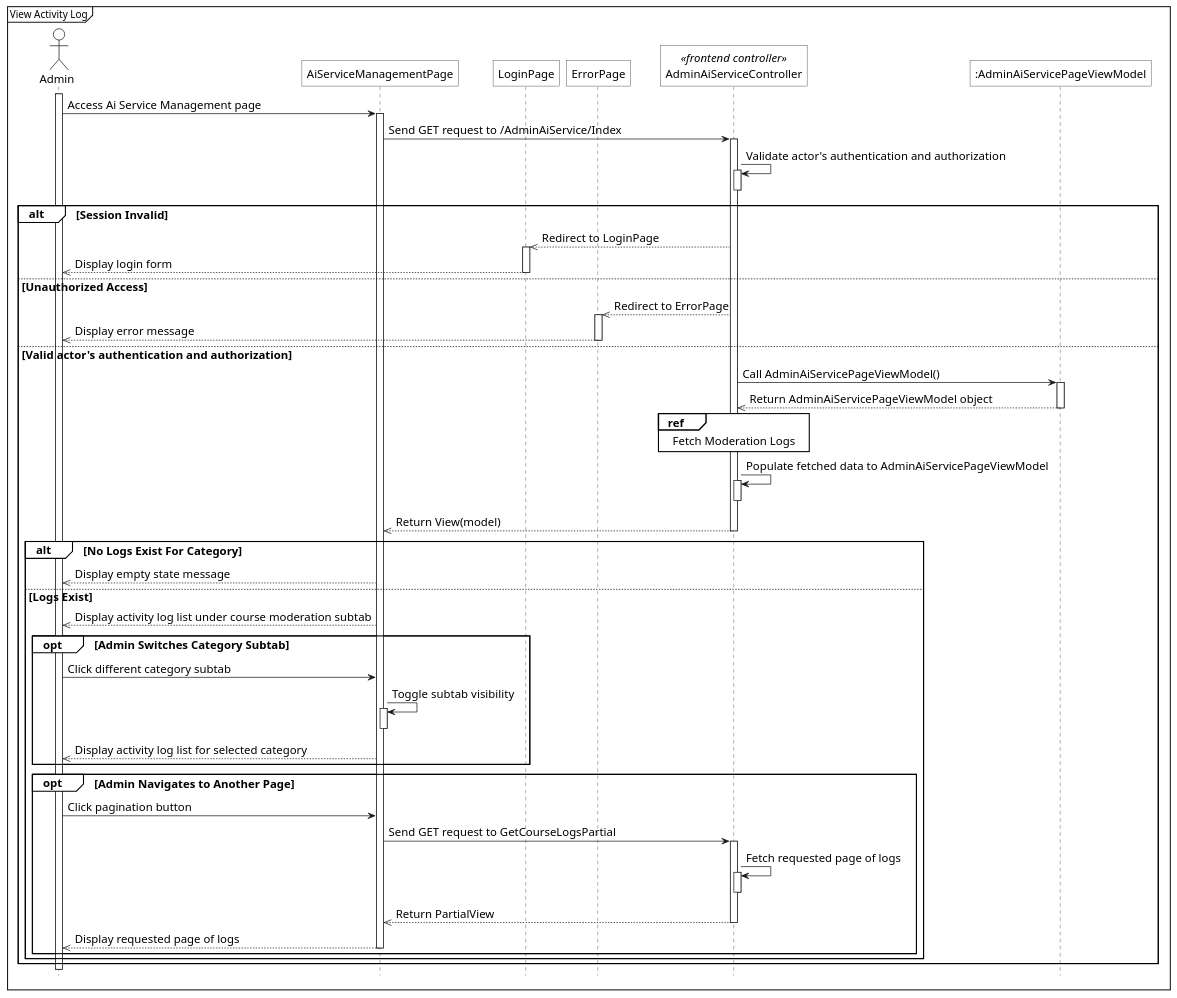
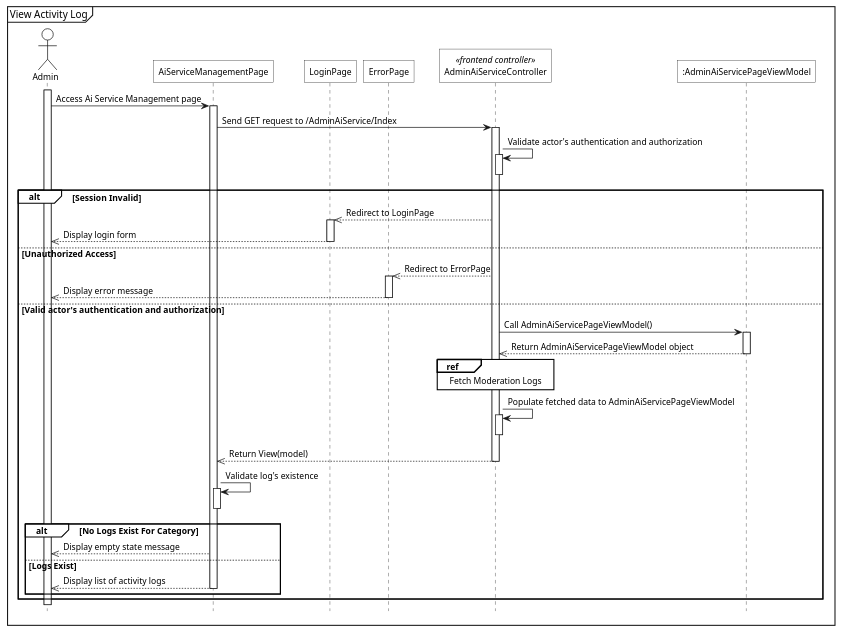
The diagram in diagrams/sequence/models/view_activity_log/sq_view_activity_log.plantuml (1000do/Linked), drawn with PlantUML before and after one commit. The commit also changed 22 other files, not shown here.

Commit message:
update sequence of report, models, publish course

```diff
--- a/diagrams/sequence/models/view_activity_log/sq_view_activity_log.plantuml
+++ b/diagrams/sequence/models/view_activity_log/sq_view_activity_log.plantuml
@@ -1,98 +1,85 @@
 @startuml 
 <style>
     sequenceDiagram{
-        FontSize 16
+        FontSize 12
 
         arrow {
             ' Set the maximum width of the text on arrows
             MaximumWidth 300
 
         }
         actor{
             BackgroundColor white
             LineThickness 1.0
         }
         participant{
             BackgroundColor white
             RoundCorner 0
         }
         database{
             BackgroundColor white
         }
         groupHeader{
             BackgroundColor white
         }
         referenceHeader{
             BackgroundColor white
         }
         reference{
             BackgroundColor white
         }
     }
 </style>
 
 hide footbox
 mainframe View Activity Log
 
 actor Admin as act
 participant "AiServiceManagementPage" as view
 participant "LoginPage" as login_view
 participant "ErrorPage" as error_view
 participant "AdminAiServiceController" as fe_ctrl <<frontend controller>>
 participant ":AdminAiServicePageViewModel" as view_model
 ' participant "AdminAiServiceController" as be_ctrl <<backend controller>>
 ' participant ":IAiModerationLogService" as sv
 ' participant ":CourseModerationLogAdminDto" as c_dto
 ' participant ":ReviewModerationLogAdminDto" as r_dto
 ' participant ":ICourseAiUsageLogRepository" as course_repo
 ' participant ":ICourseReviewModerationLogRepository" as course_rev_repo
 ' participant ":ILessonReviewModerationLogRepository" as lesson_rev_repo
 ' participant ":AppDbContext" as ctx
 ' database Database as db
 
 act ++
 act -> view++: Access Ai Service Management page
 view -> fe_ctrl++: Send GET request to /AdminAiService/Index
 fe_ctrl -> fe_ctrl++: Validate actor's authentication and authorization
 fe_ctrl--
 
 alt Session Invalid
     fe_ctrl -->> login_view: Redirect to LoginPage
     activate login_view
     login_view -->> act--: Display login form
 else Unauthorized Access
     fe_ctrl -->> error_view: Redirect to ErrorPage
     activate error_view
     error_view -->> act--: Display error message
 else Valid actor's authentication and authorization
     fe_ctrl -> view_model++: Call AdminAiServicePageViewModel()
     view_model -->> fe_ctrl--: Return AdminAiServicePageViewModel object
     ref over fe_ctrl: Fetch Moderation Logs
     fe_ctrl -> fe_ctrl++: Populate fetched data to AdminAiServicePageViewModel
     fe_ctrl--
     
     fe_ctrl -->> view--: Return View(model)
-    
+    view -> view++: Validate log's existence
+    view--
     alt No Logs Exist For Category
         view -->> act: Display empty state message
     else Logs Exist
-        view -->> act: Display activity log list under course moderation subtab
+        view -->> act--: Display list of activity logs
         
-        opt Admin Switches Category Subtab
-            act -> view: Click different category subtab
-            view -> view++: Toggle subtab visibility
-            view--
-            view -->> act: Display activity log list for selected category
-        end
         
-        opt Admin Navigates to Another Page
-            act -> view: Click pagination button
-            view -> fe_ctrl++: Send GET request to GetCourseLogsPartial
-            fe_ctrl -> fe_ctrl++: Fetch requested page of logs
-            fe_ctrl--
-            fe_ctrl -->> view--: Return PartialView
-            view -->> act--: Display requested page of logs
-        end
     end
 end
 @enduml
```
